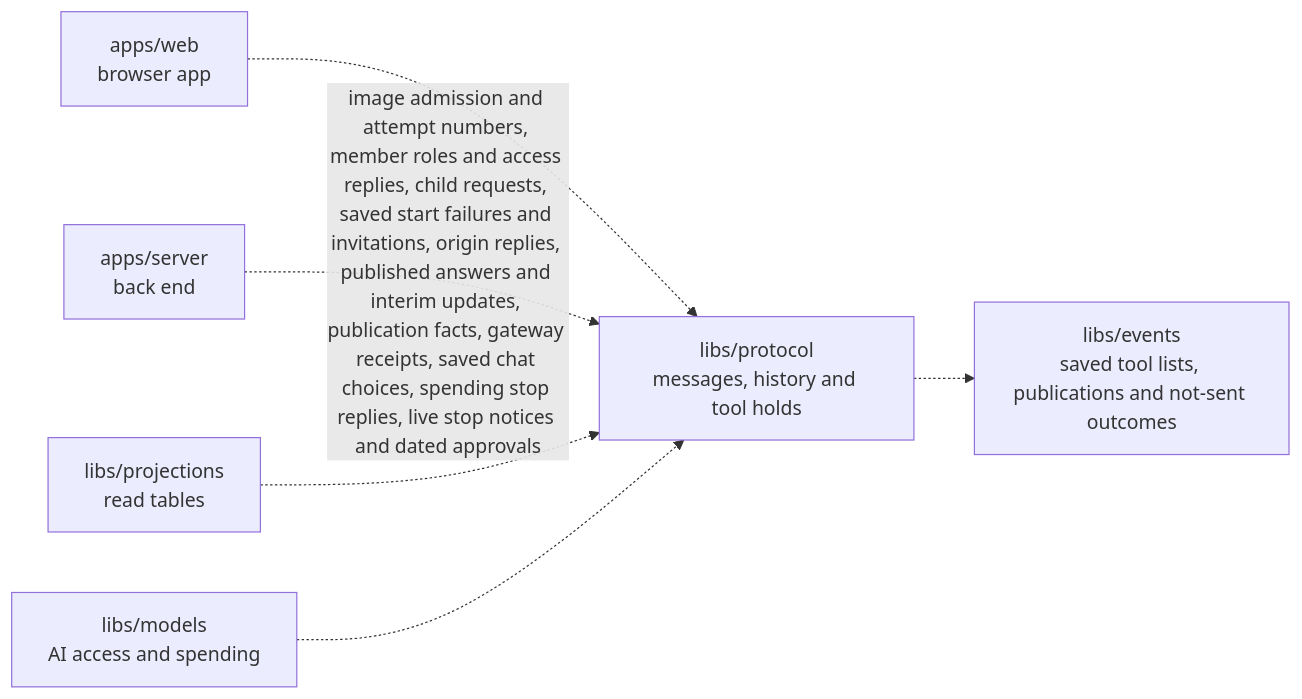
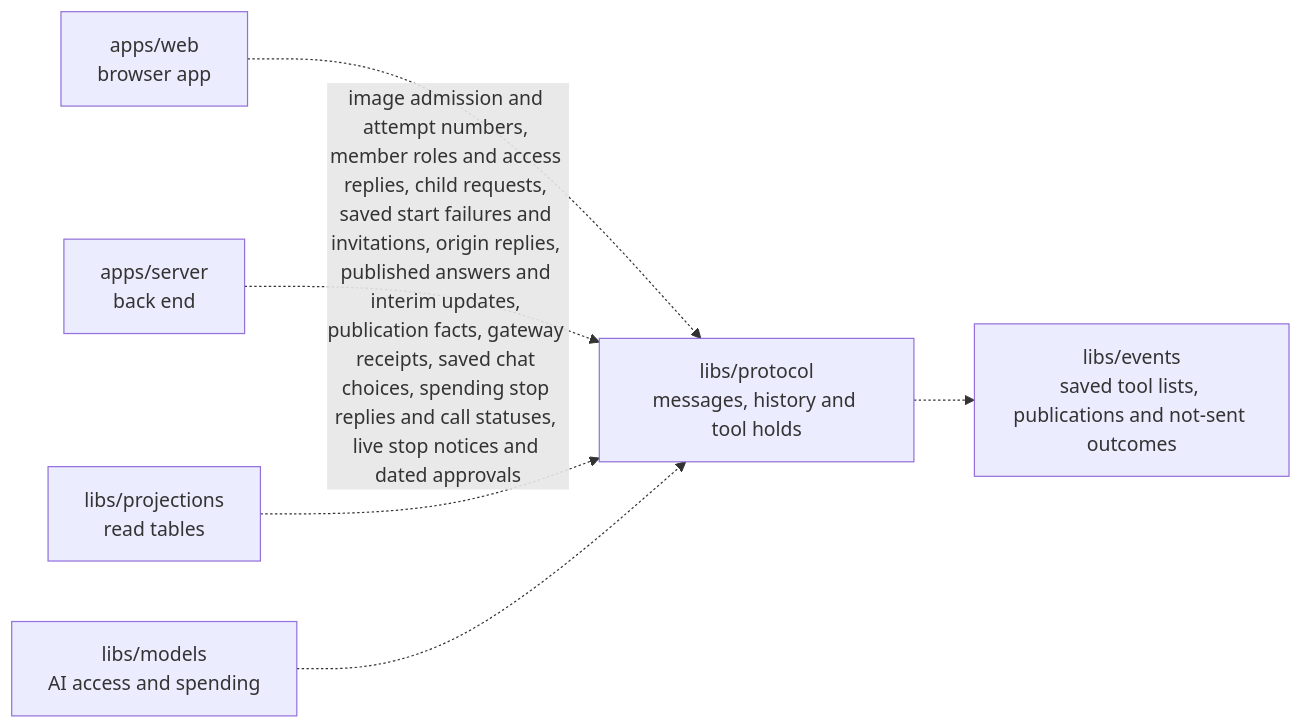
The diagram in libs/protocol/README.md (elewa-git/opencrane-new), drawn with Mermaid before and after one commit. The commit also changed other lines of this file and 14 other files, not shown here.

Commit message:
💶 Show saved call statuses on spending Stops

````diff
--- a/libs/protocol/README.md
+++ b/libs/protocol/README.md
@@ -11,8 +11,8 @@
 ```mermaid
 flowchart LR
   web["apps/web<br/>browser app"] -.-> protocol["libs/protocol<br/>messages, history and tool holds"]
-  server["apps/server<br/>back end"] -.->|image admission and attempt numbers, member roles and access replies, child requests, saved start failures and invitations, origin replies, published answers and interim updates, publication facts, gateway receipts, saved chat choices, spending stop replies, live stop notices and dated approvals| protocol
+  server["apps/server<br/>back end"] -.->|image admission and attempt numbers, member roles and access replies, child requests, saved start failures and invitations, origin replies, published answers and interim updates, publication facts, gateway receipts, saved chat choices, spending stop replies and call statuses, live stop notices and dated approvals| protocol
   projections["libs/projections<br/>read tables"] -.-> protocol
   models["libs/models<br/>AI access and spending"] -.-> protocol
   protocol -.-> events["libs/events<br/>saved tool lists, publications and not-sent outcomes"]
 ```
````
